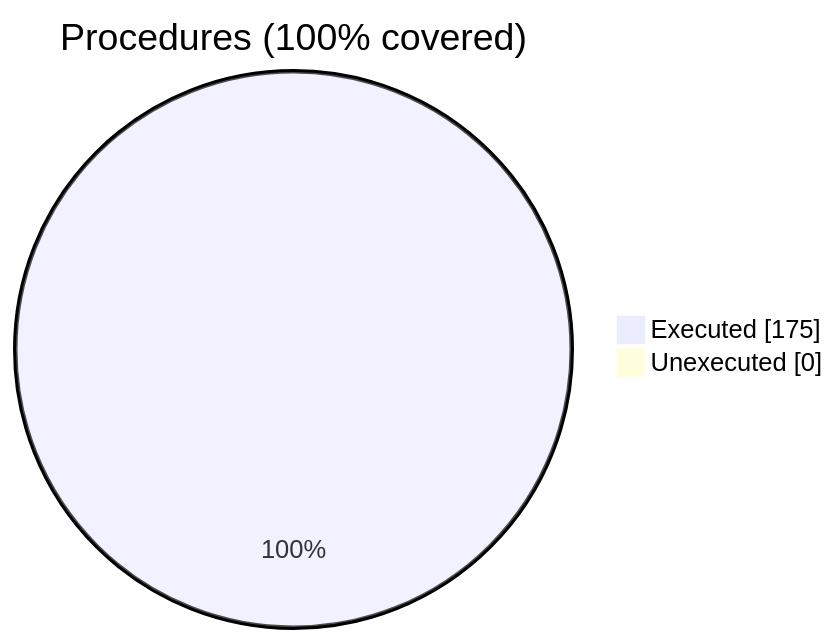
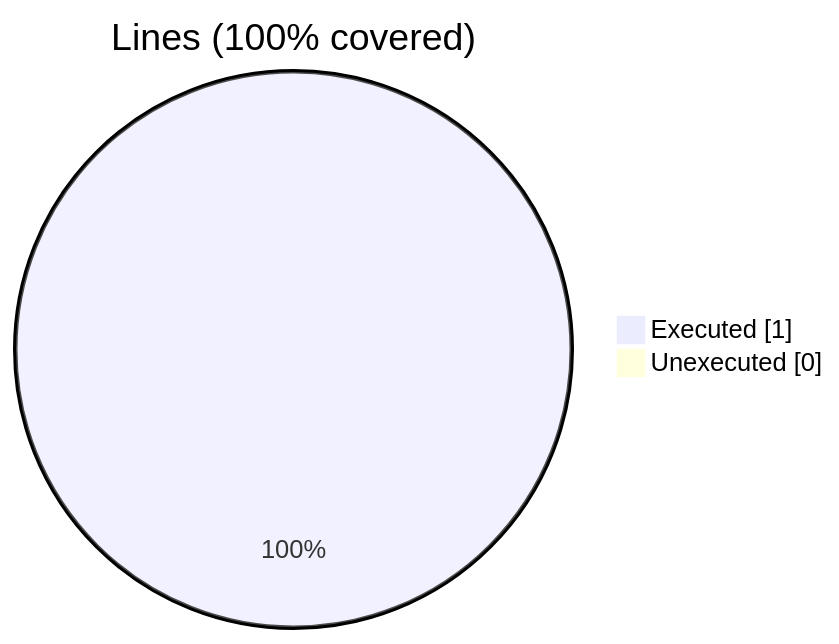
One commit to szaghi/VecFor changed the fourth of 6 diagrams in docs/guide/coverage-analysis.md. Above: the diagram before and after it, drawn with Mermaid. The commit also changed other lines of this file and 7 other files, not shown here.

````diff
--- a/docs/guide/coverage-analysis.md
+++ b/docs/guide/coverage-analysis.md
@@ -33,6 +60,6 @@
 ```mermaid
 pie showData
-    title Procedures (100% covered)
-    "Executed" : 175
+    title Lines (100% covered)
+    "Executed" : 1
     "Unexecuted" : 0
 ```
````
